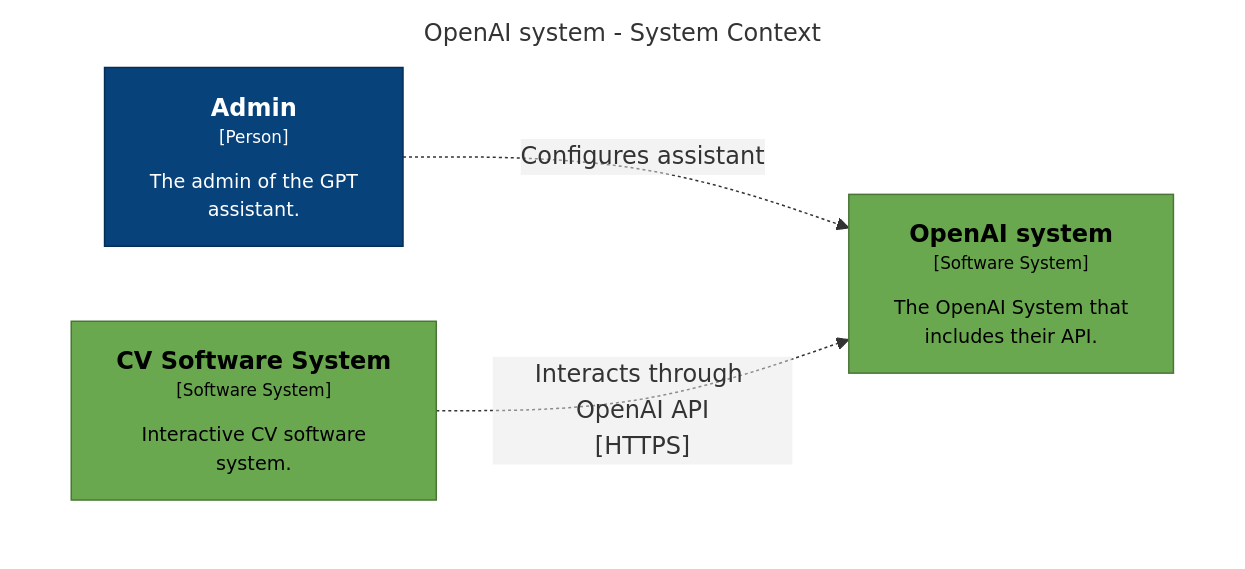
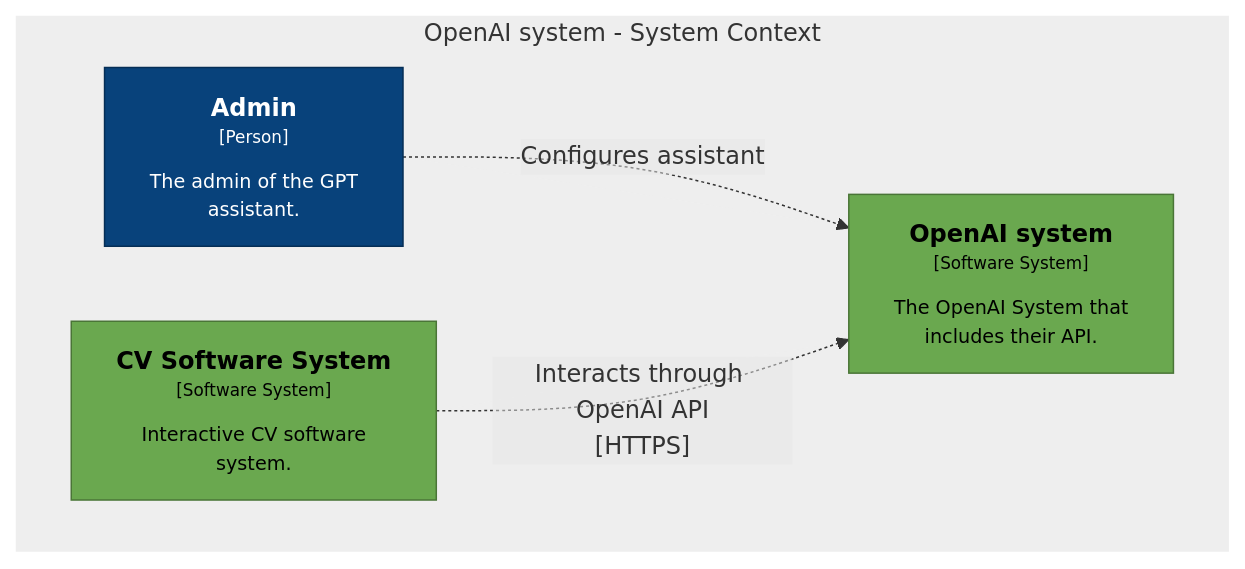
The second of 3 diagrams in README.md (alexknips/nextjs-cv), drawn with Mermaid before and after one commit.

Commit message:
background

````diff
--- a/README.md
+++ b/README.md
@@ -37,18 +37,18 @@
 ```mermaid
 graph TB
-  linkStyle default fill:#ffffff
+  linkStyle default fill:#eeeeee
 
   subgraph diagram ["OpenAI system - System Context"]
-    style diagram fill:#ffffff,stroke:#ffffff
+    style diagram fill:#eeeeee,stroke:#ffffff
 
     1["<div style='font-weight: bold'>Admin</div><div style='font-size: 70%; margin-top: 0px'>[Person]</div><div style='font-size: 80%; margin-top:10px'>The admin of the GPT<br />assistant.</div>"]
     style 1 fill:#08427b,stroke:#052e56,color:#ffffff
     3["<div style='font-weight: bold'>OpenAI system</div><div style='font-size: 70%; margin-top: 0px'>[Software System]</div><div style='font-size: 80%; margin-top:10px'>The OpenAI System that<br />includes their API.</div>"]
     style 3 fill:#6aa84f,stroke:#4a7537,color:#000000
     4["<div style='font-weight: bold'>CV Software System</div><div style='font-size: 70%; margin-top: 0px'>[Software System]</div><div style='font-size: 80%; margin-top:10px'>Interactive CV software<br />system.</div>"]
     style 4 fill:#6aa84f,stroke:#4a7537,color:#000000
 
     1-. "<div>Configures assistant</div><div style='font-size: 70%'></div>" .->3
     4-. "<div>Interacts through OpenAI API<br />[HTTPS]</div><div style='font-size: 70%'></div>" .->3
   end
 ```
````
